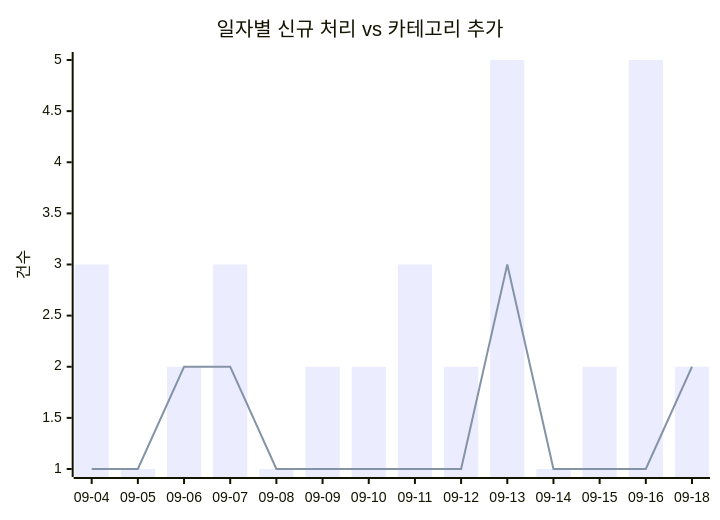
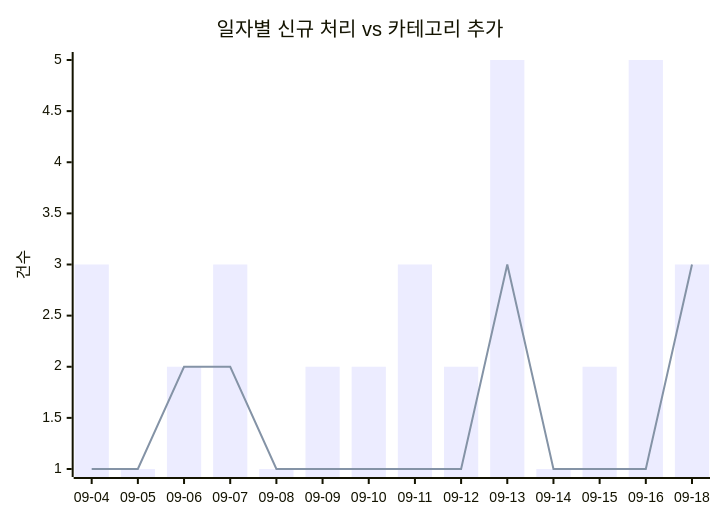
One commit to J-nowcow/awesome-korean-agent-skills changed the first of 2 diagrams in docs/trends.md. Above: the diagram before and after it, drawn with Mermaid. The commit also changed other lines of this file and 3 other files, not shown here.

````diff
--- a/docs/trends.md
+++ b/docs/trends.md
@@ -32,8 +32,8 @@
 ```mermaid
 xychart-beta
     title "일자별 신규 처리 vs 카테고리 추가"
     x-axis ["09-04","09-05","09-06","09-07","09-08","09-09","09-10","09-11","09-12","09-13","09-14","09-15","09-16","09-18"]
     y-axis "건수"
-    bar [3,1,2,3,1,2,2,3,2,5,1,2,5,2]
-    line [1,1,2,2,1,1,1,1,1,3,1,1,1,2]
+    bar [3,1,2,3,1,2,2,3,2,5,1,2,5,3]
+    line [1,1,2,2,1,1,1,1,1,3,1,1,1,3]
 ```
````
